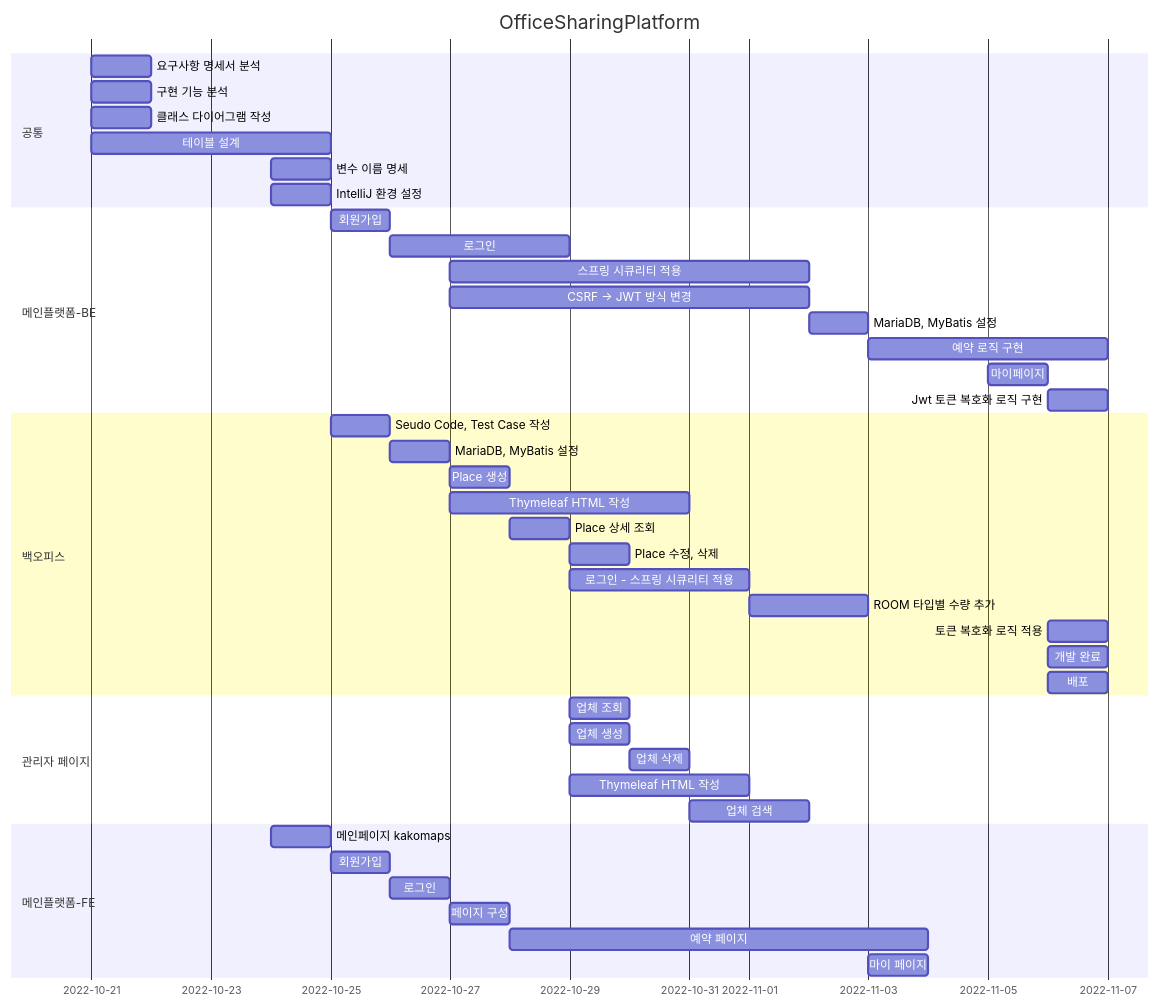
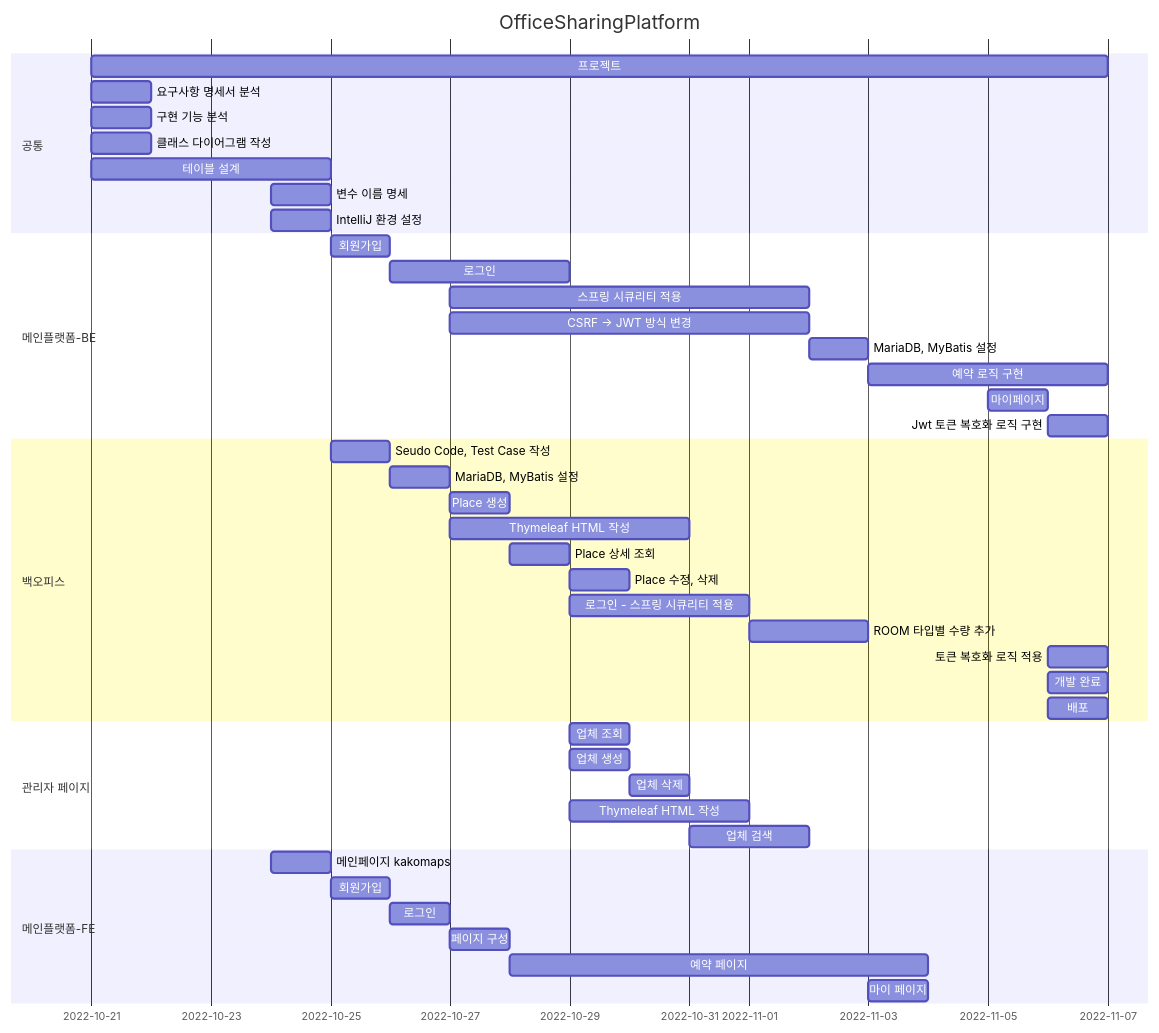
Before and after one commit to Hell-O-Demon-World/semi-OfficeSharingPlatform: the diagram in README.md, drawn with Mermaid.

````diff
--- a/README.md
+++ b/README.md
@@ -15,52 +15,53 @@
 ```mermaid
 gantt
 dateFormat MM-DD
 title OfficeSharingPlatform
 
     section 공통
+    프로젝트 : chap0, 10-21, 11-07
     요구사항 명세서 분석      :chap1, 10-21, 1d
     구현 기능 분석          :chap2, 10-21, 1d
     클래스 다이어그램 작성    :chap3, 10-21, 1d
     테이블 설계            :chap4, 10-21, 4d
     변수 이름 명세          :chap5, 10-24, 1d
     IntelliJ 환경 설정     :chap6, 10-24, 1d
 
     section 메인플랫폼-BE
     회원가입                :chap1, 10-25, 1d
     로그인                 :chap2, 10-26, 3d
     스프링 시큐리티 적용       :chap3, 10-27, 6d
     CSRF -> JWT 방식 변경   :chap4, 10-27, 6d
     MariaDB, MyBatis 설정  :chap5, 11-02, 1d
     예약 로직 구현           :chap6, 11-03, 4d
     마이페이지               :chap7, 11-05, 1d
     Jwt 토큰 복호화 로직 구현  :chap8, 11-06, 1d
 
     section 백오피스
     Seudo Code, Test Case 작성    :chap1, 10-25, 1d
     MariaDB, MyBatis 설정         :chap2, 10-26, 1d
     Place 생성                    :chap3, 10-27, 1d
     Thymeleaf HTML 작성           :chap4, 10-27, 4d
     Place 상세 조회                :chap5, 10-28, 1d
     Place 수정, 삭제               :chap6, 10-29, 1d
     로그인 - 스프링 시큐리티 적용       :chap7, 10-29, 3d
     ROOM 타입별 수량 추가            :chap8, 11-01, 2d
     토큰 복호화 로직 적용             :chap9, 11-06, 1d
     개발 완료                      :chap10, 11-06, 1d
     배포                          :chap11, 11-06, 1d
 
     section 관리자 페이지
     업체 조회              :chap1, 10-29, 1d
     업체 생성              :chap2, 10-29, 1d
     업체 삭제              :chap3, 10-30, 1d
     Thymeleaf HTML 작성   :chap4, 10-29, 3d
     업체 검색              :chap5, 10-31, 2d
 
     section 메인플랫폼-FE
     메인페이지 kakomaps     : chap1, 10-24, 1d
     회원가입                :chap2, 10-25, 1d
     로그인                 :chap3, 10-26, 1d
     페이지 구성            :chap4, 10-27, 1d
     예약 페이지            :chap5, 10-28, 7d
     마이 페이지            :chap6, 11-03, 1d
 
 ```
````
